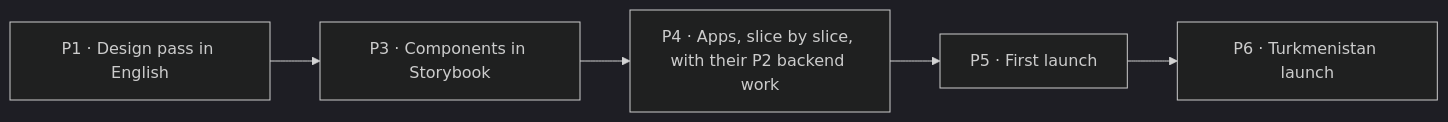
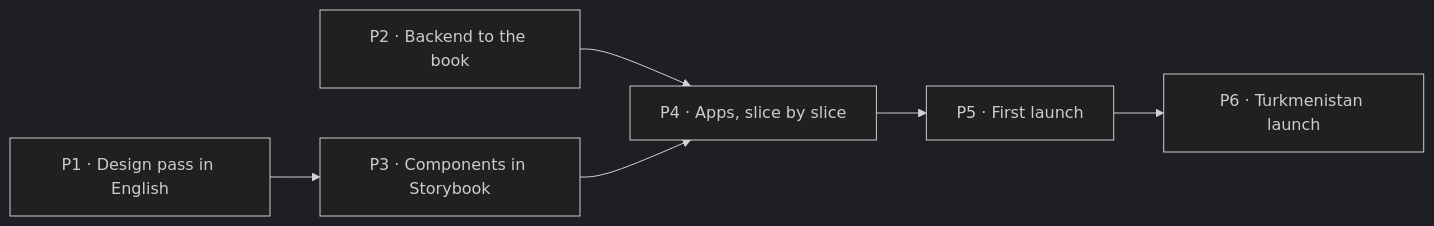
One commit to azamatos/yeral changed the diagram in docs/product/10-plan.md. Above: the diagram before and after it, drawn with Mermaid (dark theme). The commit also changed other lines of this file and 5 other files, not shown here.

````diff
--- a/docs/product/10-plan.md
+++ b/docs/product/10-plan.md
@@ -21,7 +21,8 @@
 ```mermaid
 flowchart LR
   P1["P1 · Design pass in English"] --> P3["P3 · Components in Storybook"]
-  P3 --> P4["P4 · Apps, slice by slice, with their P2 backend work"]
+  P2["P2 · Backend to the book"] --> P4["P4 · Apps, slice by slice"]
+  P3 --> P4
   P4 --> P5["P5 · First launch"]
   P5 --> P6["P6 · Turkmenistan launch"]
 ```
````
